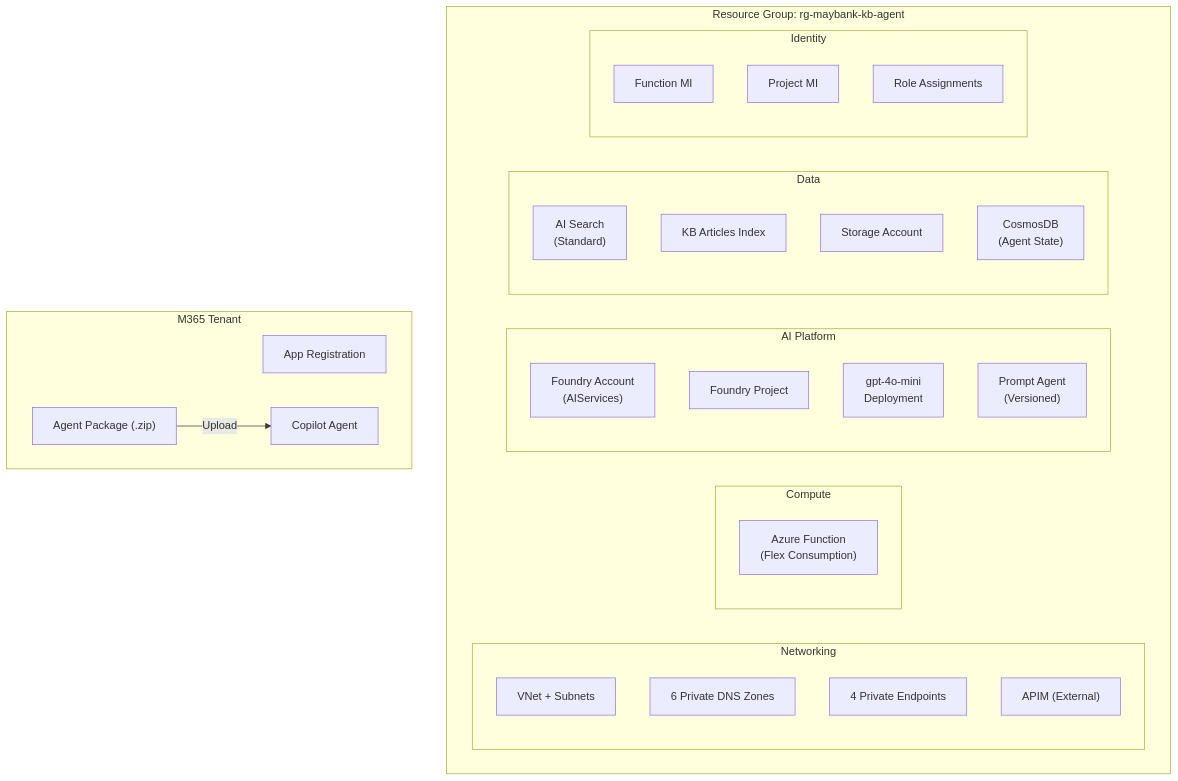
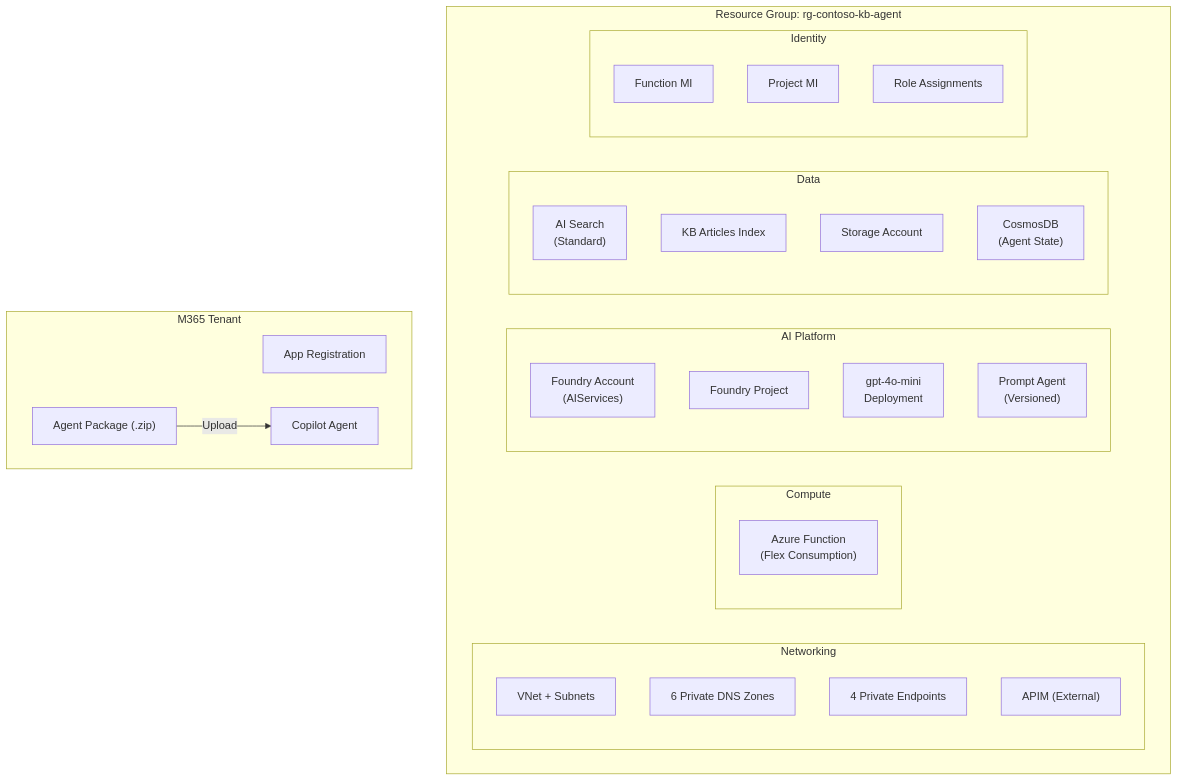
One commit to kai-w-wang/contoso-kb-agent changed the fifth of 6 diagrams in docs/M365-Agents-Azure-Foundry-Architecture.md. Above: the diagram before and after it, drawn with Mermaid. The commit also changed other lines of this file and 20 other files, not shown here.

First line of the commit message:
refactor: replace Maybank branding with Contoso Bank for public repo

````diff
--- a/docs/M365-Agents-Azure-Foundry-Architecture.md
+++ b/docs/M365-Agents-Azure-Foundry-Architecture.md
@@ -500,43 +500,43 @@
 ```mermaid
 flowchart TB
-    subgraph "Resource Group: rg-maybank-kb-agent"
+    subgraph "Resource Group: rg-contoso-kb-agent"
         subgraph "Networking"
             VNet["VNet + Subnets"]
             DNS["6 Private DNS Zones"]
             PE["4 Private Endpoints"]
             APIM["APIM (External)"]
         end
         
         subgraph "Compute"
             Func["Azure Function<br/>(Flex Consumption)"]
         end
         
         subgraph "AI Platform"
             Account["Foundry Account<br/>(AIServices)"]
             Project["Foundry Project"]
             Model["gpt-4o-mini<br/>Deployment"]
             Agent["Prompt Agent<br/>(Versioned)"]
         end
         
         subgraph "Data"
             Search["AI Search<br/>(Standard)"]
             Index["KB Articles Index"]
             Storage["Storage Account"]
             Cosmos["CosmosDB<br/>(Agent State)"]
         end
         
         subgraph "Identity"
             MI_Func["Function MI"]
             MI_Project["Project MI"]
             RBAC["Role Assignments"]
         end
     end
     
     subgraph "M365 Tenant"
         AppReg["App Registration"]
         Package["Agent Package (.zip)"]
         CopilotAgent["Copilot Agent"]
     end
 
     Package -->|"Upload"| CopilotAgent
 ```
````
